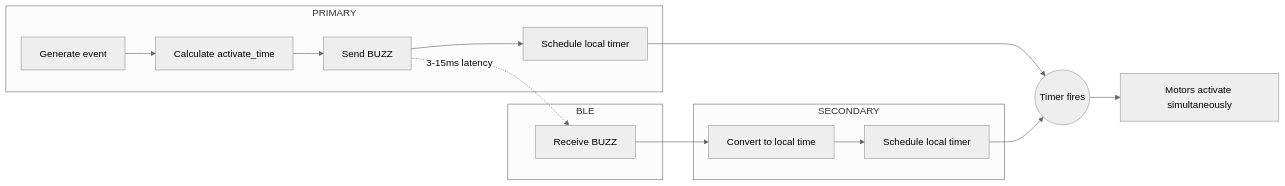
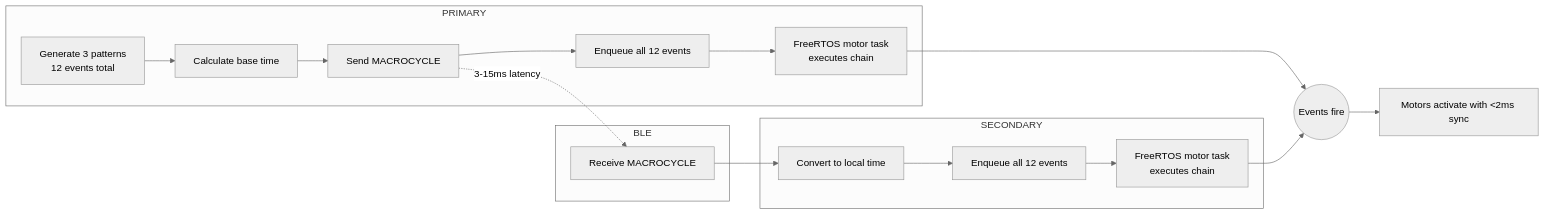
One commit to BlueBuzzah/BlueBuzzah-Firmware changed the third of 5 diagrams in docs/SYNCHRONIZATION_PROTOCOL.md. Above: the diagram before and after it, drawn with Mermaid (neutral theme). The commit also changed other lines of this file and 34 other files, not shown here.

Commit message:
Refactor to FreeRTOS motor task with timing optimizations

````diff
--- a/docs/SYNCHRONIZATION_PROTOCOL.md
+++ b/docs/SYNCHRONIZATION_PROTOCOL.md
@@ -135,21 +154,23 @@
 ```mermaid
 flowchart LR
     subgraph PRIMARY
-        A[Generate event] --> B[Calculate activate_time]
-        B --> C[Send BUZZ]
-        C --> D[Schedule local timer]
+        A[Generate 3 patterns<br/>12 events total] --> B[Calculate base time]
+        B --> C[Send MACROCYCLE]
+        C --> D[Enqueue all 12 events]
+        D --> E[FreeRTOS motor task<br/>executes chain]
     end
 
     subgraph BLE
-        C -.->|3-15ms latency| E
+        C -.->|3-15ms latency| F
     end
 
     subgraph SECONDARY
-        E[Receive BUZZ] --> F[Convert to local time]
-        F --> G[Schedule local timer]
+        F[Receive MACROCYCLE] --> G[Convert to local time]
+        G --> H[Enqueue all 12 events]
+        H --> I[FreeRTOS motor task<br/>executes chain]
     end
 
-    D --> H((Timer fires))
-    G --> H
-    H --> I[Motors activate simultaneously]
+    E --> J((Events fire))
+    I --> J
+    J --> K[Motors activate with <2ms sync]
 ```
````
